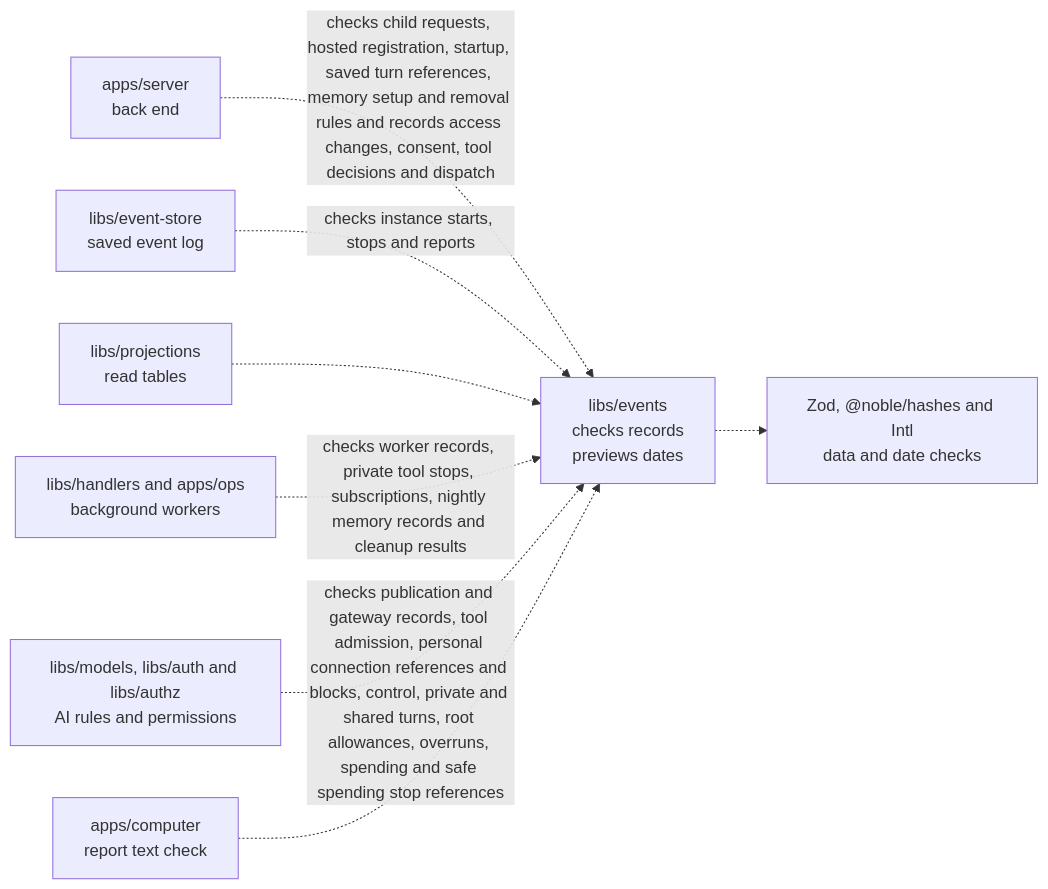
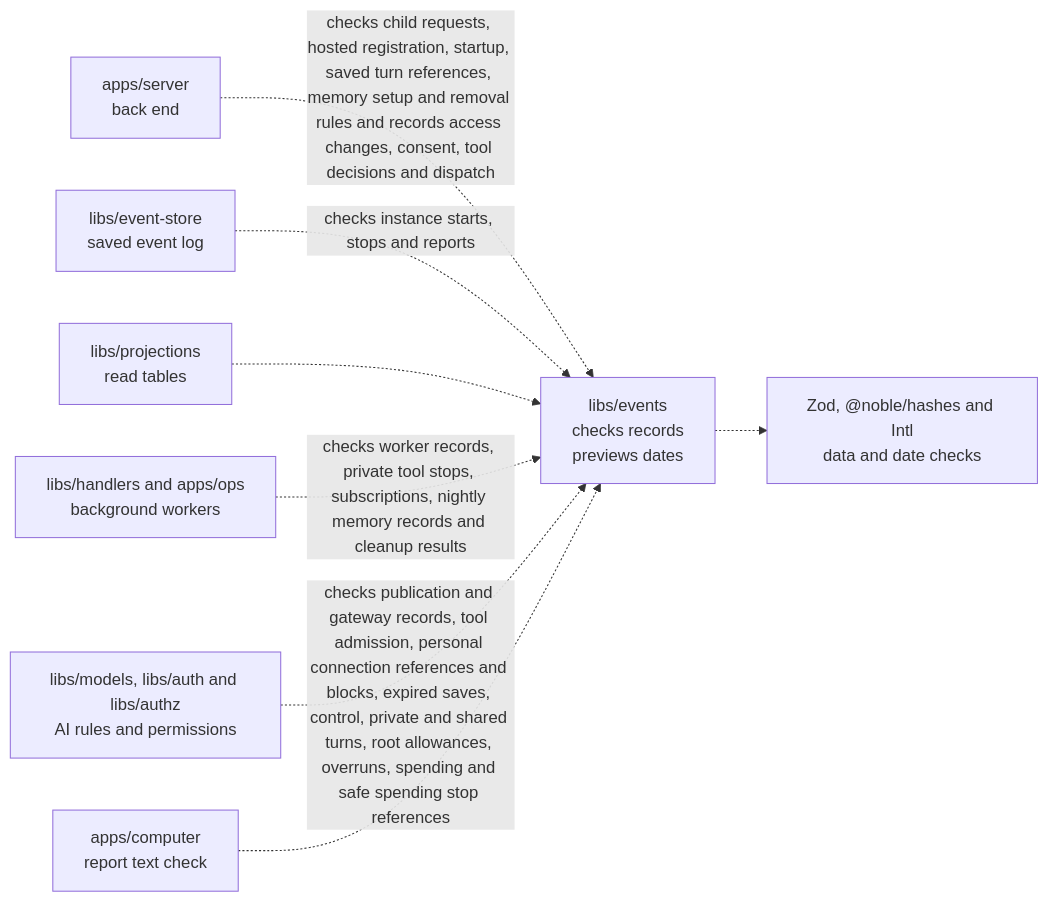
The diagram in libs/events/README.md (elewa-git/opencrane-new), drawn with Mermaid before and after one commit. The commit also changed other lines of this file and 13 other files, not shown here.

Commit message:
🔐 Close expired bearer saves before exact secret cleanup

````diff
--- a/libs/events/README.md
+++ b/libs/events/README.md
@@ -27,10 +27,10 @@
 ```mermaid
 flowchart LR
   server["apps/server<br/>back end"] -.->|checks child requests, hosted registration, startup, saved turn references, memory setup and removal rules and records access changes, consent, tool decisions and dispatch| events["libs/events<br/>checks records<br/>previews dates"]
   store["libs/event-store<br/>saved event log"] -.->|checks instance starts, stops and reports| events
   projections["libs/projections<br/>read tables"] -.-> events
   workers["libs/handlers and apps/ops<br/>background workers"] -.->|checks worker records, private tool stops, subscriptions, nightly memory records and cleanup results| events
-  others["libs/models, libs/auth and libs/authz<br/>AI rules and permissions"] -.->|checks publication and gateway records, tool admission, personal connection references and blocks, control, private and shared turns, root allowances, overruns, spending and safe spending stop references| events
+  others["libs/models, libs/auth and libs/authz<br/>AI rules and permissions"] -.->|checks publication and gateway records, tool admission, personal connection references and blocks, expired saves, control, private and shared turns, root allowances, overruns, spending and safe spending stop references| events
   computer["apps/computer<br/>report text check"] -.-> events
   events -.-> checks["Zod, @noble/hashes and Intl<br/>data and date checks"]
 ```
````
